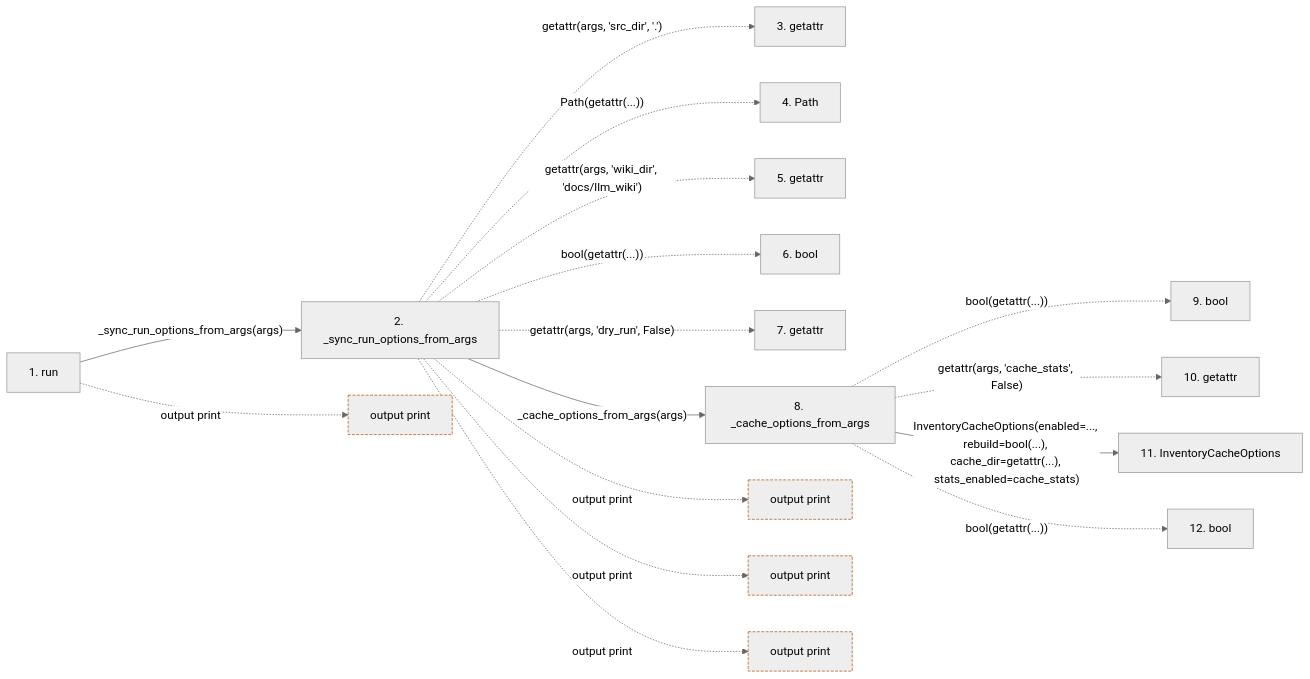
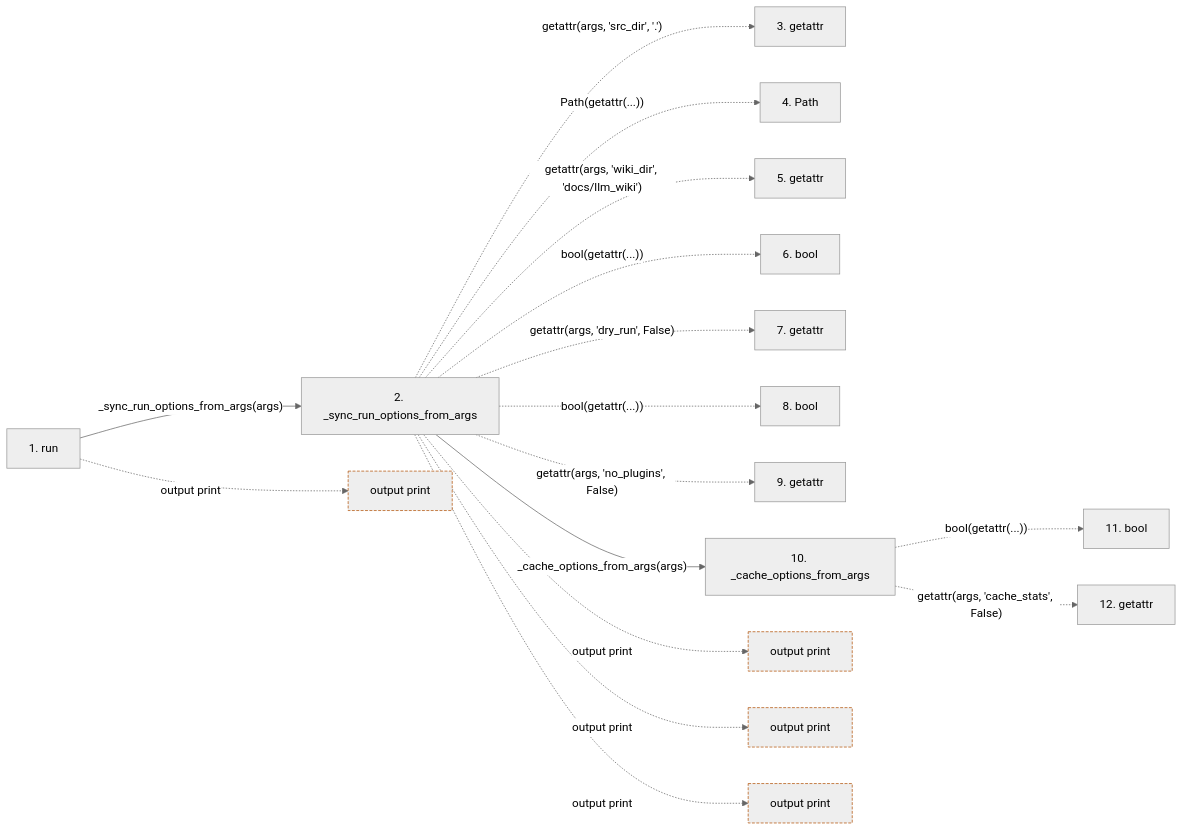
Before and after one commit to Denissvgn/python-wiki-llm: the second of 2 diagrams in docs/llm_wiki/flows/cli-sync.md, drawn with Mermaid (neutral theme). The commit also changed other lines of this file and 33 other files, not shown here.

````diff
--- a/docs/llm_wiki/flows/cli-sync.md
+++ b/docs/llm_wiki/flows/cli-sync.md
@@ -108,43 +108,42 @@
 ```mermaid
 flowchart LR
     s1["1. run"]
     s2["2. _sync_run_options_from_args"]
     s3["3. getattr"]
     s4["4. Path"]
     s5["5. getattr"]
     s6["6. bool"]
     s7["7. getattr"]
-    s8["8. _cache_options_from_args"]
-    s9["9. bool"]
-    s10["10. getattr"]
-    s11["11. InventoryCacheOptions"]
-    s12["12. bool"]
+    s8["8. bool"]
+    s9["9. getattr"]
+    s10["10. _cache_options_from_args"]
+    s11["11. bool"]
+    s12["12. getattr"]
     s1 -->|"_sync_run_options_from_args(args)"| s2
     s2 -. "getattr(args, 'src_dir', '.')" .-> s3
     s2 -. "Path(getattr(...))" .-> s4
     s2 -. "getattr(args, 'wiki_dir', 'docs/llm_wiki')" .-> s5
     s2 -. "bool(getattr(...))" .-> s6
     s2 -. "getattr(args, 'dry_run', False)" .-> s7
-    s2 -->|"_cache_options_from_args(args)"| s8
-    s8 -. "bool(getattr(...))" .-> s9
-    s8 -. "getattr(args, 'cache_stats', False)" .-> s10
-    s8 -->|"InventoryCacheOptions(enabled=..., rebuild=bool(...), cache_dir=getattr(...), stats_enabled=cache_stats)"| s11
-    s8 -. "bool(getattr(...))" .-> s12
+    s2 -. "bool(getattr(...))" .-> s8
+    s2 -. "getattr(args, 'no_plugins', False)" .-> s9
+    s2 -->|"_cache_options_from_args(args)"| s10
+    s10 -. "bool(getattr(...))" .-> s11
+    s10 -. "getattr(args, 'cache_stats', False)" .-> s12
     b0["output print"]
     s1 -. "output print" .-> b0
     b1["output print"]
     s2 -. "output print" .-> b1
     b2["output print"]
     s2 -. "output print" .-> b2
     b3["output print"]
     s2 -. "output print" .-> b3
     click s1 "../modules/sync_cmd.md"
     click s2 "../modules/sync_cmd.md"
-    click s8 "../modules/sync_cmd.md"
-    click s11 "../modules/inventory_cache.md"
+    click s10 "../modules/sync_cmd.md"
     classDef boundary stroke:#b45309,stroke-dasharray: 4 2
     class b0 boundary
     class b1 boundary
     class b2 boundary
     class b3 boundary
 ```
````
